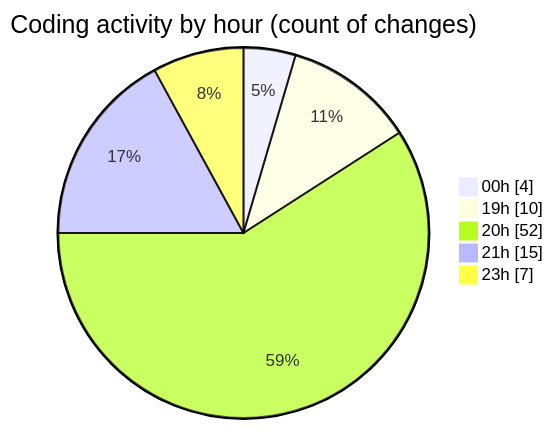
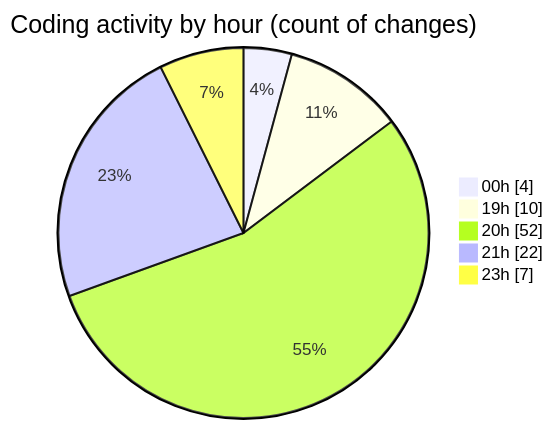
Before and after one commit to momahboobian/code-tracking: the second of 2 diagrams in 2025-02-27/cda/README.md, drawn with Mermaid. The commit also changed other lines of this file and 1 other file, not shown here.

````diff
--- a/2025-02-27/cda/README.md
+++ b/2025-02-27/cda/README.md
@@ -42,9 +42,9 @@
 ```mermaid
 pie showData
 title Coding activity by hour (count of changes)
 "00h" : 4
 "19h" : 10
 "20h" : 52
-"21h" : 15
+"21h" : 22
 "23h" : 7
 ```
````
